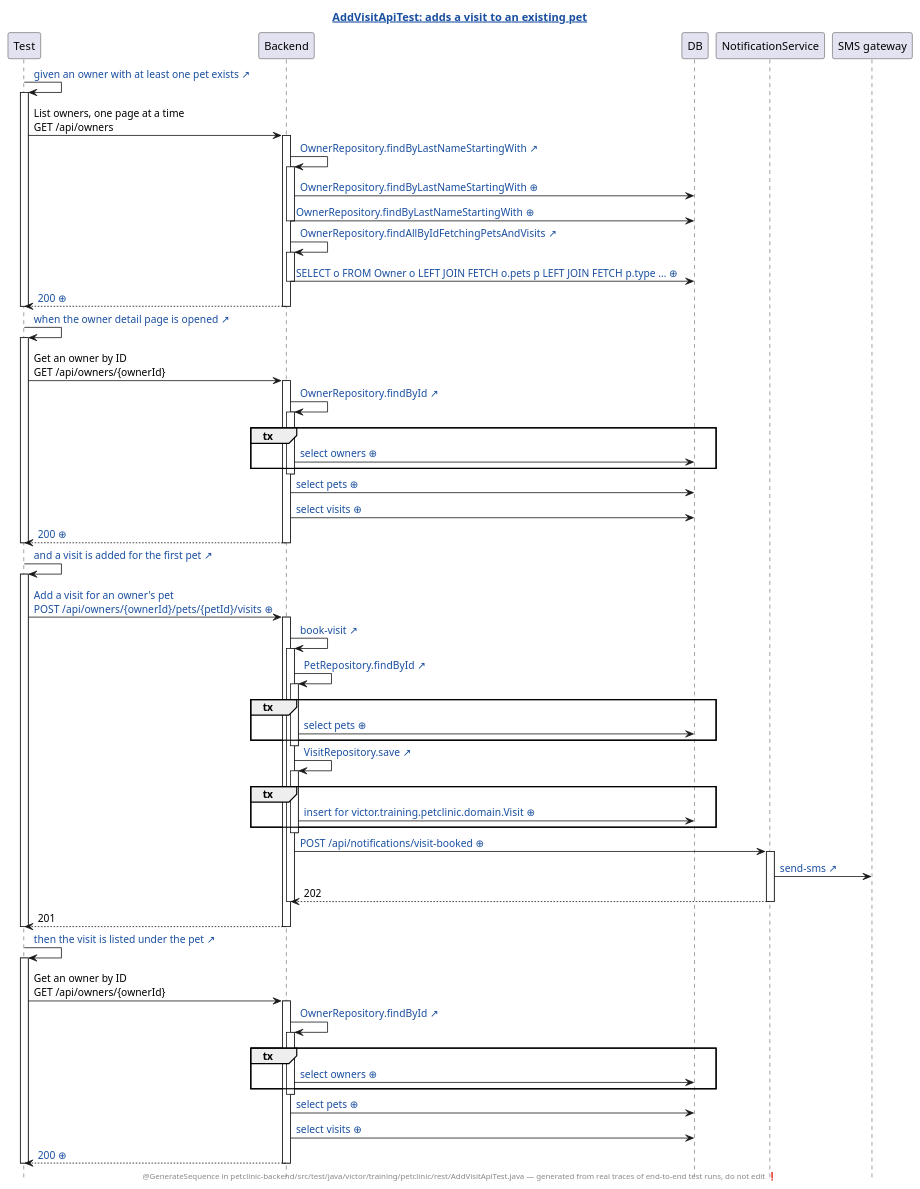
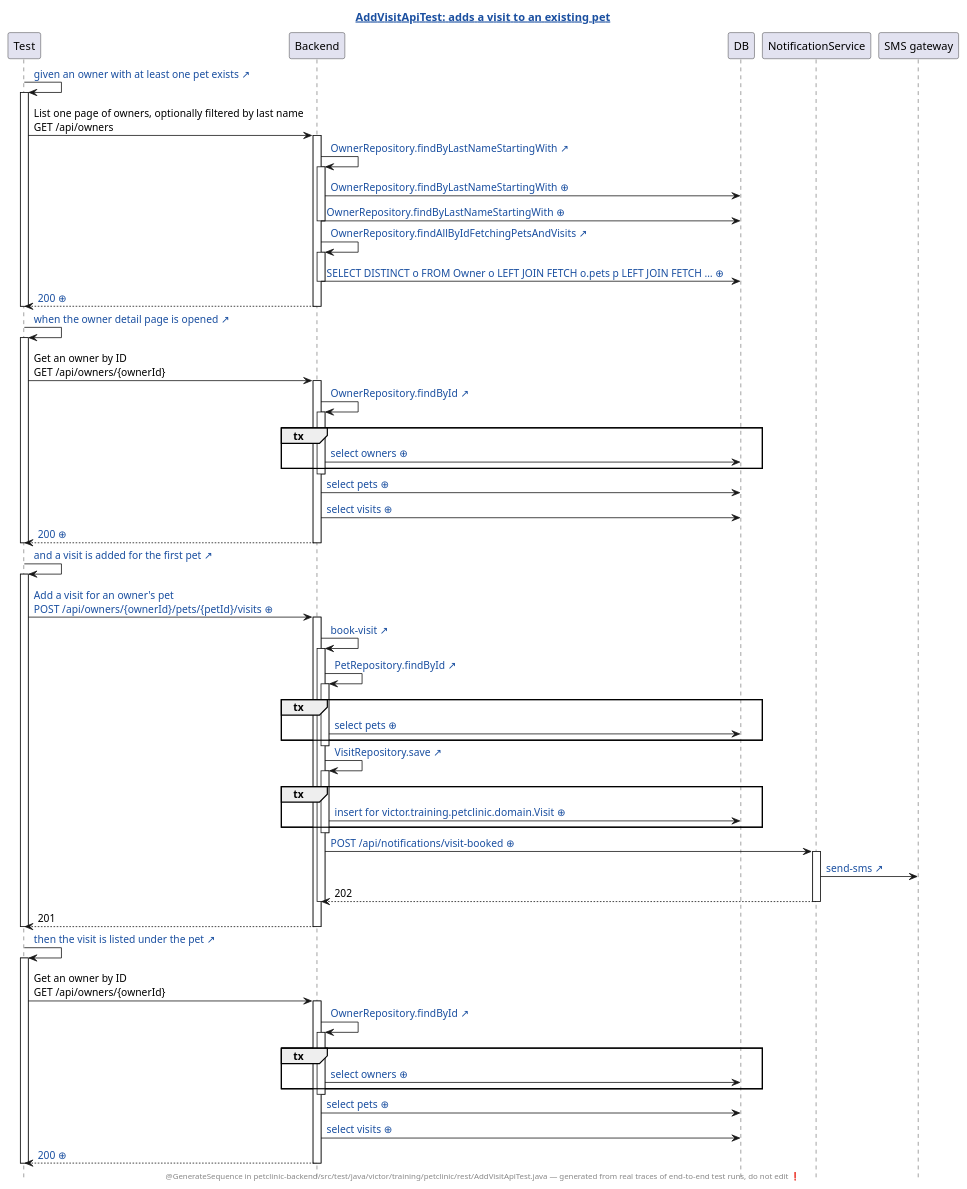
One commit to EvanLee70/human-review changed the diagram in demo/demo2/assets/genseq/petclinic-test/generated/AddVisitApiTest.java.adds-a-visit-to-an-existing-pet.genseq.puml. Above: the diagram before and after it, drawn with PlantUML. The commit also changed 224 other files, not shown here.

```diff
--- a/demo/demo2/assets/genseq/petclinic-test/generated/AddVisitApiTest.java.adds-a-visit-to-an-existing-pet.genseq.puml
+++ b/demo/demo2/assets/genseq/petclinic-test/generated/AddVisitApiTest.java.adds-a-visit-to-an-existing-pet.genseq.puml
@@ -1,86 +1,86 @@
 @startuml
 ' ⚠️  GENERATED FILE — DO NOT EDIT. Every edit is lost on the next run.
 hide footbox
 skinparam hyperlinkUnderline false
 skinparam hyperlinkColor #1A4FA0
-title [[src://petclinic-backend/src/test/java/victor/training/petclinic/rest/AddVisitApiTest.java:76{Click to open the test} AddVisitApiTest: adds a visit to an existing pet]]
+title [[src://petclinic-backend/src/test/java/victor/training/petclinic/rest/AddVisitApiTest.java:75{Click to open the test} AddVisitApiTest: adds a visit to an existing pet]]
 footer @GenerateSequence in petclinic-backend/src/test/java/victor/training/petclinic/rest/AddVisitApiTest.java — generated from real traces of end-to-end test runs, do not edit ❗
 participant Test
 participant Backend
 participant DB
 participant NotificationService
 participant "SMS gateway"
-Test -> Test: [[src://petclinic-backend/src/test/java/victor/training/petclinic/rest/AddVisitApiTest.java:77{Click to open the line of the test that says this} given an owner with at least one pet exists ↗]]
+Test -> Test: [[src://petclinic-backend/src/test/java/victor/training/petclinic/rest/AddVisitApiTest.java:76{Click to open the line of the test that says this} given an owner with at least one pet exists ↗]]
 activate Test
-Test -> Backend: List owners, one page at a time\nGET /api/owners
+Test -> Backend: List one page of owners, optionally filtered by last name\nGET /api/owners
 activate Backend
 Backend -> Backend: [[src://petclinic-backend/src/main/java/victor/training/petclinic/repository/OwnerRepository.java:15{Click to open OwnerRepository.findByLastNameStartingWith} OwnerRepository.findByLastNameStartingWith ↗]]
 activate Backend
 Backend -> DB: [[genseq://06lhb5c{Click for the statement behind this call} OwnerRepository.findByLastNameStartingWith ⊕]]
 Backend -> DB: [[genseq://0rcs8yy{Click for the statement behind this call} OwnerRepository.findByLastNameStartingWith ⊕]]
 deactivate Backend
-Backend -> Backend: [[src://petclinic-backend/src/main/java/victor/training/petclinic/repository/OwnerRepository.java:25{Click to open OwnerRepository.findAllByIdFetchingPetsAndVisits} OwnerRepository.findAllByIdFetchingPetsAndVisits ↗]]
+Backend -> Backend: [[src://petclinic-backend/src/main/java/victor/training/petclinic/repository/OwnerRepository.java:24{Click to open OwnerRepository.findAllByIdFetchingPetsAndVisits} OwnerRepository.findAllByIdFetchingPetsAndVisits ↗]]
 activate Backend
-Backend -> DB: [[genseq://075m496{Click for the statement behind this call} SELECT o FROM Owner o LEFT JOIN FETCH o.pets p LEFT JOIN FETCH p.type … ⊕]]
+Backend -> DB: [[genseq://1cn3tpo{Click for the statement behind this call} SELECT DISTINCT o FROM Owner o LEFT JOIN FETCH o.pets p LEFT JOIN FETCH … ⊕]]
 deactivate Backend
 Backend --> Test: [[genseq://1ex9dlo{Click for this call’s JSON body} 200 ⊕]]
 deactivate Backend
 deactivate Test
-Test -> Test: [[src://petclinic-backend/src/test/java/victor/training/petclinic/rest/AddVisitApiTest.java:82{Click to open the line of the test that says this} when the owner detail page is opened ↗]]
+Test -> Test: [[src://petclinic-backend/src/test/java/victor/training/petclinic/rest/AddVisitApiTest.java:81{Click to open the line of the test that says this} when the owner detail page is opened ↗]]
 activate Test
 Test -> Backend: Get an owner by ID\nGET /api/owners/{ownerId}
 activate Backend
-Backend -> Backend: [[src://petclinic-backend/src/main/java/victor/training/petclinic/repository/OwnerRepository.java:27{Click to open OwnerRepository.findById} OwnerRepository.findById ↗]]
+Backend -> Backend: [[src://petclinic-backend/src/main/java/victor/training/petclinic/repository/OwnerRepository.java:26{Click to open OwnerRepository.findById} OwnerRepository.findById ↗]]
 activate Backend
 group tx
 Backend -> DB: [[genseq://083xusu{Click for the statement behind this call} select owners ⊕]]
 end
 deactivate Backend
 Backend -> DB: [[genseq://0j0trn8{Click for the statement behind this call} select pets ⊕]]
 Backend -> DB: [[genseq://16xt6fr{Click for the statement behind this call} select visits ⊕]]
 Backend --> Test: [[genseq://1cg6dk5{Click for this call’s JSON body} 200 ⊕]]
 deactivate Backend
 deactivate Test
-Test -> Test: [[src://petclinic-backend/src/test/java/victor/training/petclinic/rest/AddVisitApiTest.java:85{Click to open the line of the test that says this} and a visit is added for the first pet ↗]]
+Test -> Test: [[src://petclinic-backend/src/test/java/victor/training/petclinic/rest/AddVisitApiTest.java:84{Click to open the line of the test that says this} and a visit is added for the first pet ↗]]
 activate Test
-Test -> Backend: [[genseq://02zbtlv{Click for this call’s JSON body} Add a visit for an owner's pet\nPOST /api/owners/{ownerId}/pets/{petId}/visits ⊕]]
+Test -> Backend: [[genseq://08wcj1g{Click for this call’s JSON body} Add a visit for an owner's pet\nPOST /api/owners/{ownerId}/pets/{petId}/visits ⊕]]
 activate Backend
-Backend -> Backend: [[src://petclinic-backend/src/main/java/victor/training/petclinic/rest/OwnerRestController.java:231{Click to open OwnerRestController.bookVisit} book-visit ↗]]
+Backend -> Backend: [[src://petclinic-backend/src/main/java/victor/training/petclinic/rest/OwnerRestController.java:229{Click to open OwnerRestController.bookVisit} book-visit ↗]]
 activate Backend
 Backend -> Backend: [[src://petclinic-backend/src/main/java/victor/training/petclinic/repository/PetRepository.java:16{Click to open PetRepository.findById} PetRepository.findById ↗]]
 activate Backend
 group tx
 Backend -> DB: [[genseq://1cofzyh{Click for the statement behind this call} select pets ⊕]]
 end
 deactivate Backend
 Backend -> Backend: [[src://petclinic-backend/src/main/java/victor/training/petclinic/repository/VisitRepository.java:14{Click to open VisitRepository.save} VisitRepository.save ↗]]
 activate Backend
 group tx
-Backend -> DB: [[genseq://17en09j{Click for the statement behind this call} insert for victor.training.petclinic.domain.Visit ⊕]]
+Backend -> DB: [[genseq://0uhq8yk{Click for the statement behind this call} insert for victor.training.petclinic.domain.Visit ⊕]]
 end
 deactivate Backend
 Backend -> NotificationService: [[genseq://0a5r3wo{Click for this call’s JSON body} POST /api/notifications/visit-booked ⊕]]
 activate NotificationService
 NotificationService -> "SMS gateway": [[src://notification-service/src/main/java/victor/training/notification/SmsGateway.java:23{Click to open SmsGateway.send} send-sms ↗]]
 NotificationService --> Backend: 202
 deactivate NotificationService
 deactivate Backend
 Backend --> Test: 201
 deactivate Backend
 deactivate Test
-Test -> Test: [[src://petclinic-backend/src/test/java/victor/training/petclinic/rest/AddVisitApiTest.java:92{Click to open the line of the test that says this} then the visit is listed under the pet ↗]]
+Test -> Test: [[src://petclinic-backend/src/test/java/victor/training/petclinic/rest/AddVisitApiTest.java:91{Click to open the line of the test that says this} then the visit is listed under the pet ↗]]
 activate Test
 Test -> Backend: Get an owner by ID\nGET /api/owners/{ownerId}
 activate Backend
-Backend -> Backend: [[src://petclinic-backend/src/main/java/victor/training/petclinic/repository/OwnerRepository.java:27{Click to open OwnerRepository.findById} OwnerRepository.findById ↗]]
+Backend -> Backend: [[src://petclinic-backend/src/main/java/victor/training/petclinic/repository/OwnerRepository.java:26{Click to open OwnerRepository.findById} OwnerRepository.findById ↗]]
 activate Backend
 group tx
 Backend -> DB: [[genseq://083xusu{Click for the statement behind this call} select owners ⊕]]
 end
 deactivate Backend
 Backend -> DB: [[genseq://0j0trn8{Click for the statement behind this call} select pets ⊕]]
 Backend -> DB: [[genseq://16xt6fr{Click for the statement behind this call} select visits ⊕]]
-Backend --> Test: [[genseq://1sc355p{Click for this call’s JSON body} 200 ⊕]]
+Backend --> Test: [[genseq://1cvmnt8{Click for this call’s JSON body} 200 ⊕]]
 deactivate Backend
 deactivate Test
 @enduml
```
